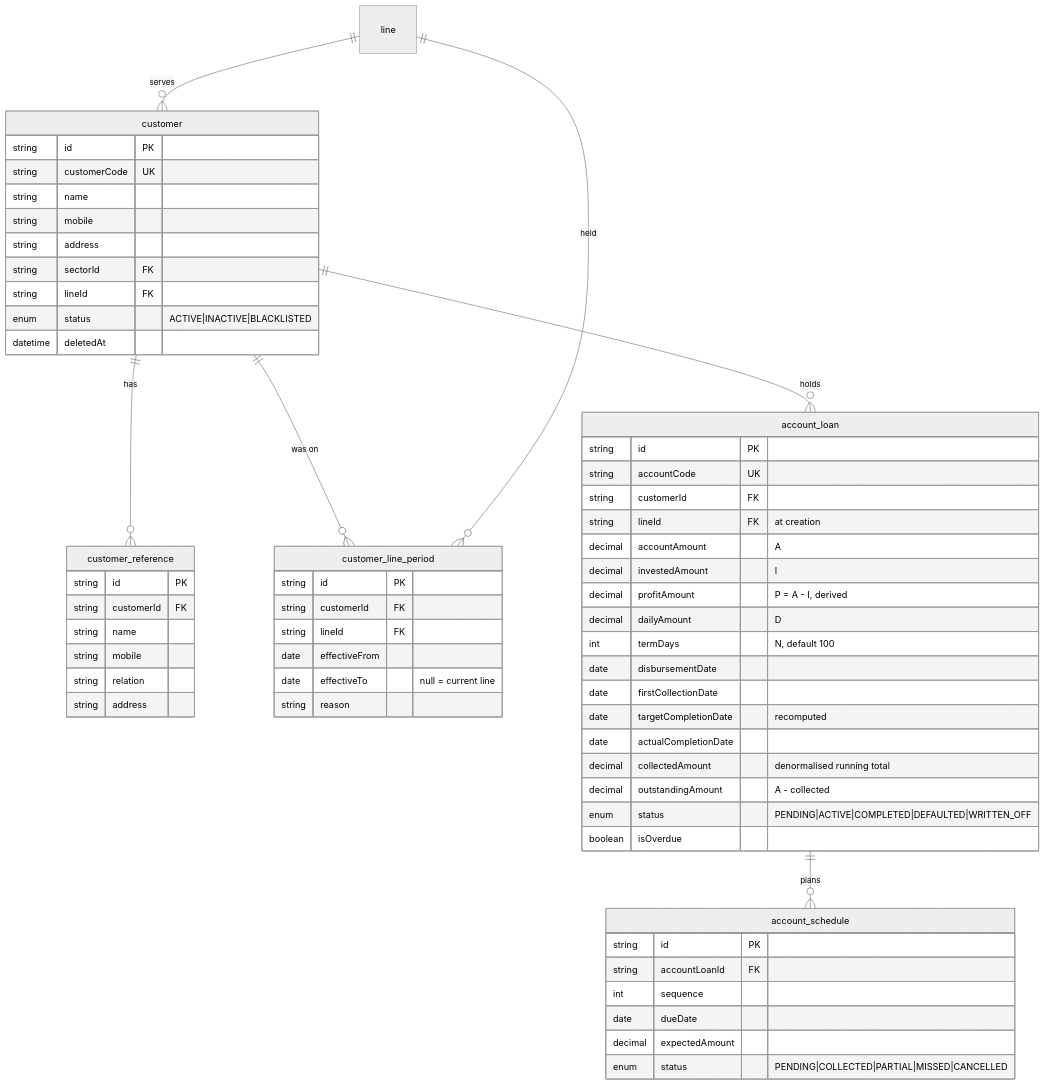
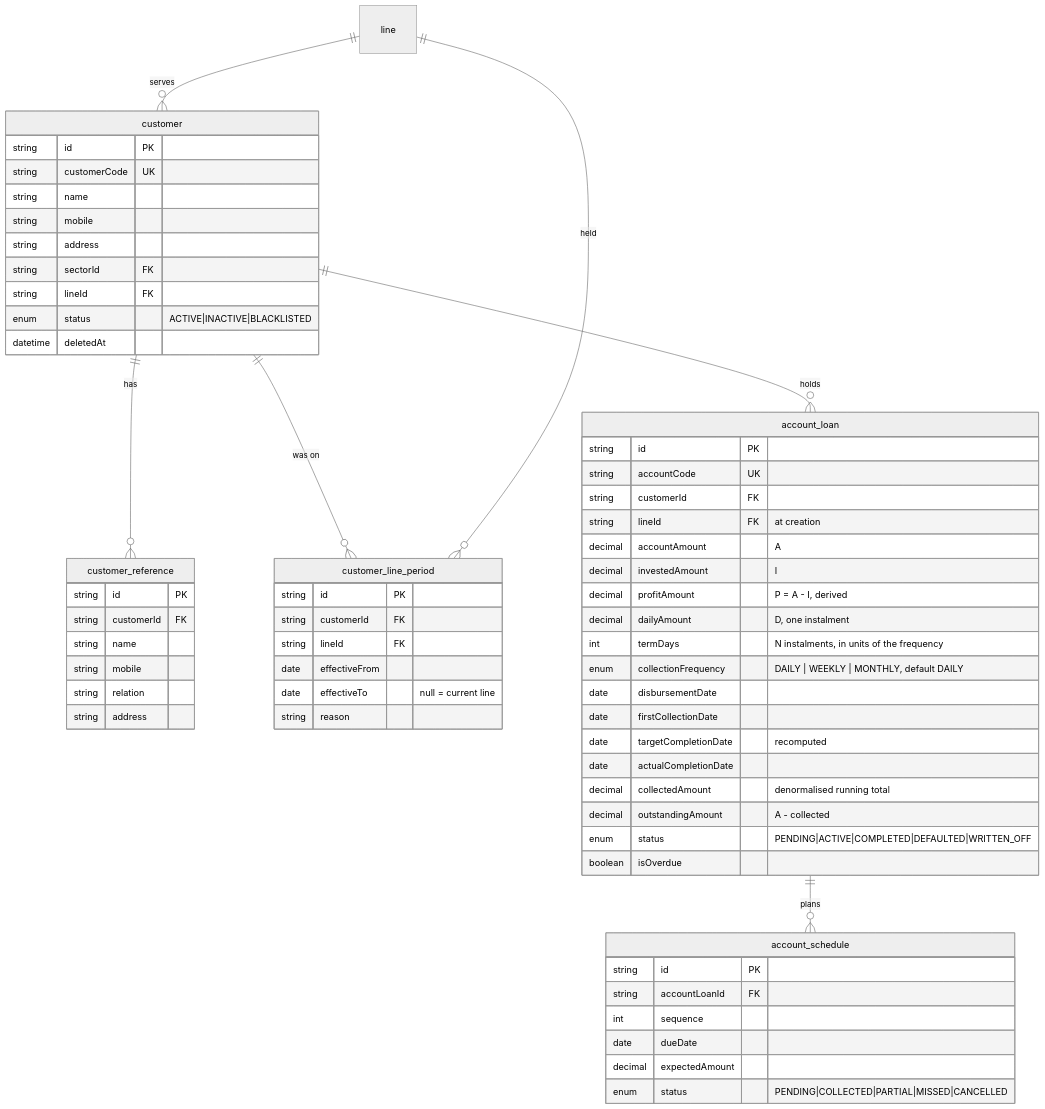
Before and after one commit to selvadev-01/finance-crm: the second of 5 diagrams in docs/03-data/erd.md, drawn with Mermaid (neutral theme). The commit also changed 116 other files, not shown here.

````diff
--- a/docs/03-data/erd.md
+++ b/docs/03-data/erd.md
@@ -83,64 +83,65 @@
 ```mermaid
 erDiagram
     customer ||--o{ customer_reference : "has"
     customer ||--o{ customer_line_period : "was on"
     line ||--o{ customer_line_period : "held"
     customer ||--o{ account_loan : "holds"
     line ||--o{ customer : "serves"
     account_loan ||--o{ account_schedule : "plans"
 
     customer {
         string id PK
         string customerCode UK
         string name
         string mobile
         string address
         string sectorId FK
         string lineId FK
         enum status "ACTIVE|INACTIVE|BLACKLISTED"
         datetime deletedAt
     }
     customer_reference {
         string id PK
         string customerId FK
         string name
         string mobile
         string relation
         string address
     }
     customer_line_period {
         string id PK
         string customerId FK
         string lineId FK
         date effectiveFrom
         date effectiveTo "null = current line"
         string reason
     }
     account_loan {
         string id PK
         string accountCode UK
         string customerId FK
         string lineId FK "at creation"
         decimal accountAmount "A"
         decimal investedAmount "I"
         decimal profitAmount "P = A - I, derived"
-        decimal dailyAmount "D"
-        int termDays "N, default 100"
+        decimal dailyAmount "D, one instalment"
+        int termDays "N instalments, in units of the frequency"
+        enum collectionFrequency "DAILY | WEEKLY | MONTHLY, default DAILY"
         date disbursementDate
         date firstCollectionDate
         date targetCompletionDate "recomputed"
         date actualCompletionDate
         decimal collectedAmount "denormalised running total"
         decimal outstandingAmount "A - collected"
         enum status "PENDING|ACTIVE|COMPLETED|DEFAULTED|WRITTEN_OFF"
         boolean isOverdue
     }
     account_schedule {
         string id PK
         string accountLoanId FK
         int sequence
         date dueDate
         decimal expectedAmount
         enum status "PENDING|COLLECTED|PARTIAL|MISSED|CANCELLED"
     }
 ```
````
